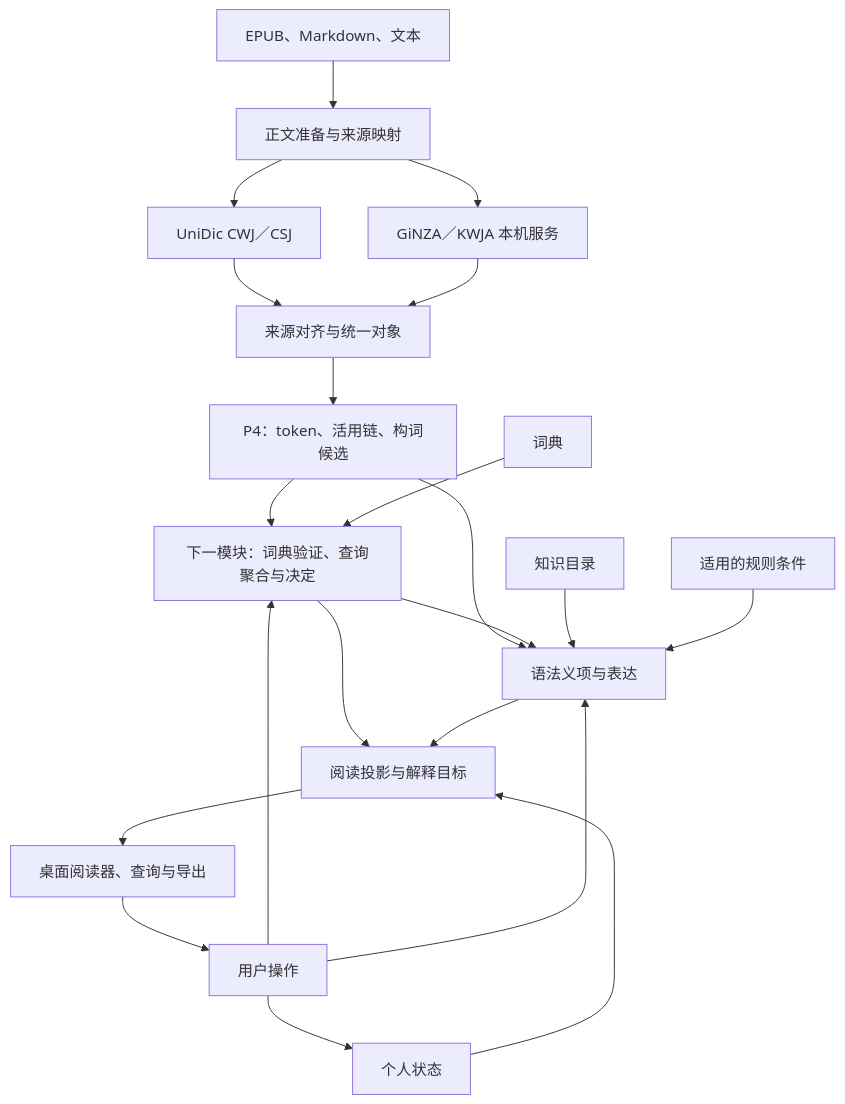
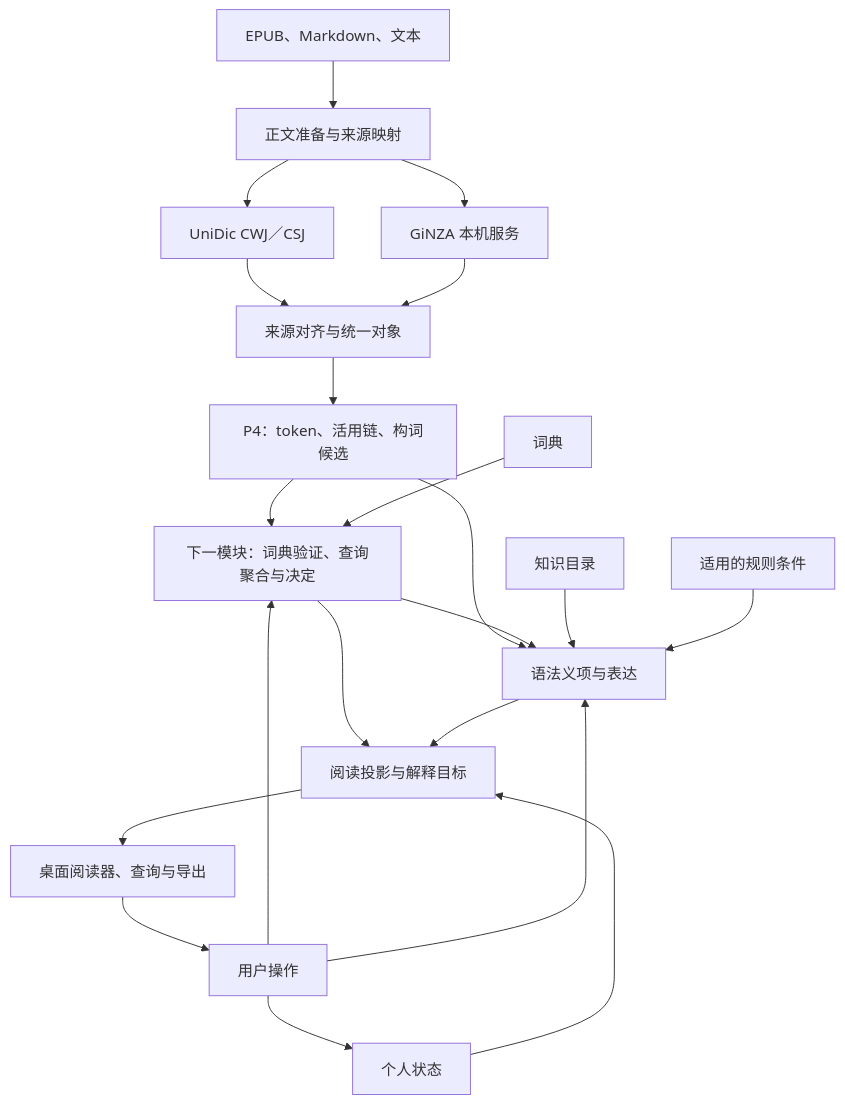
The diagram in docs/architecture.md (OsakaLOOP/kotoclip), drawn with Mermaid before and after one commit. The commit also changed other lines of this file and 26 other files, not shown here.

````diff
--- a/docs/architecture.md
+++ b/docs/architecture.md
@@ -7,23 +7,23 @@
 ```mermaid
 flowchart TD
     Input[EPUB、Markdown、文本] --> Prepare[正文准备与来源映射]
     Prepare --> UniDic[UniDic CWJ／CSJ]
-    Prepare --> External[GiNZA／KWJA 本机服务]
+    Prepare --> External[GiNZA 本机服务]
     UniDic --> Unified[来源对齐与统一对象]
     External --> Unified
     Unified --> P4[P4：token、活用链、构词候选]
     P4 --> Query[下一模块：词典验证、查询聚合与决定]
     Dictionary[词典] --> Query
     P4 --> Language[语法义项与表达]
     Query --> Language
     Knowledge[知识目录] --> Language
     Query --> Projection[阅读投影与解释目标]
     Language --> Projection
     Personal[个人状态] --> Projection
     Rules[适用的规则条件] --> Language
     Projection --> Desktop[桌面阅读器、查询与导出]
     Desktop --> Mutation[用户操作]
     Mutation --> Personal
     Mutation --> Query
     Mutation --> Language
 ```
````
